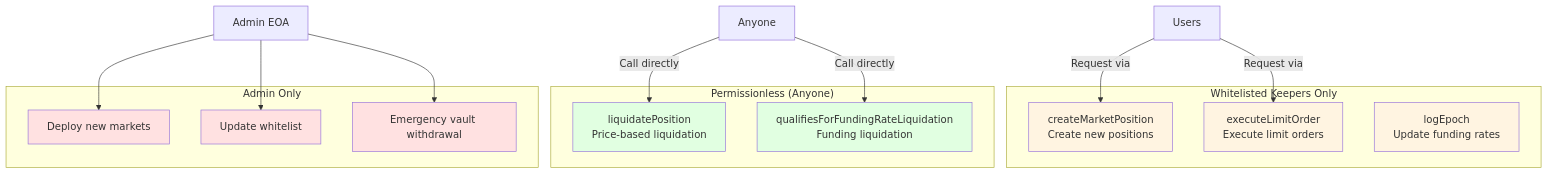
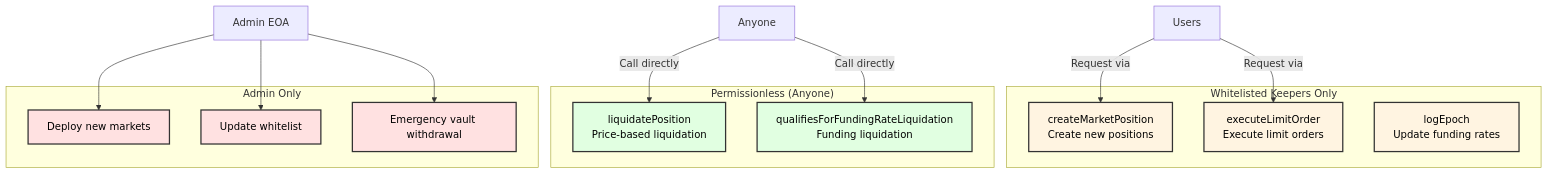
The fifth of 5 diagrams in PROTOCOL_GUIDE.md (avasnap/tradestaprotocol), drawn with Mermaid before and after one commit. The commit also changed other lines of this file, not shown here.

First line of the commit message:
Add dark text to all diagrams in PROTOCOL_GUIDE.md

````diff
--- a/PROTOCOL_GUIDE.md
+++ b/PROTOCOL_GUIDE.md
@@ -328,38 +328,38 @@
 ```mermaid
 graph TB
     subgraph "Whitelisted Keepers Only"
         K1[createMarketPosition<br/>Create new positions]
         K2[executeLimitOrder<br/>Execute limit orders]
         K3[logEpoch<br/>Update funding rates]
     end
 
     subgraph "Permissionless (Anyone)"
         L1[liquidatePosition<br/>Price-based liquidation]
         L2[qualifiesForFundingRateLiquidation<br/>Funding liquidation]
     end
 
     subgraph "Admin Only"
         A1[Deploy new markets]
         A2[Update whitelist]
         A3[Emergency vault withdrawal]
     end
 
     U[Users] -->|Request via| K1
     U -->|Request via| K2
 
     Anyone[Anyone] -->|Call directly| L1
     Anyone -->|Call directly| L2
 
     Admin[Admin EOA] --> A1
     Admin --> A2
     Admin --> A3
 
-    style K1 fill:#fff4e1
-    style K2 fill:#fff4e1
-    style K3 fill:#fff4e1
-    style L1 fill:#e1ffe1
-    style L2 fill:#e1ffe1
-    style A1 fill:#ffe1e1
-    style A2 fill:#ffe1e1
-    style A3 fill:#ffe1e1
+    style K1 fill:#fff4e1,stroke:#333,stroke-width:2px,color:#000
+    style K2 fill:#fff4e1,stroke:#333,stroke-width:2px,color:#000
+    style K3 fill:#fff4e1,stroke:#333,stroke-width:2px,color:#000
+    style L1 fill:#e1ffe1,stroke:#333,stroke-width:2px,color:#000
+    style L2 fill:#e1ffe1,stroke:#333,stroke-width:2px,color:#000
+    style A1 fill:#ffe1e1,stroke:#333,stroke-width:2px,color:#000
+    style A2 fill:#ffe1e1,stroke:#333,stroke-width:2px,color:#000
+    style A3 fill:#ffe1e1,stroke:#333,stroke-width:2px,color:#000
 ```
````
